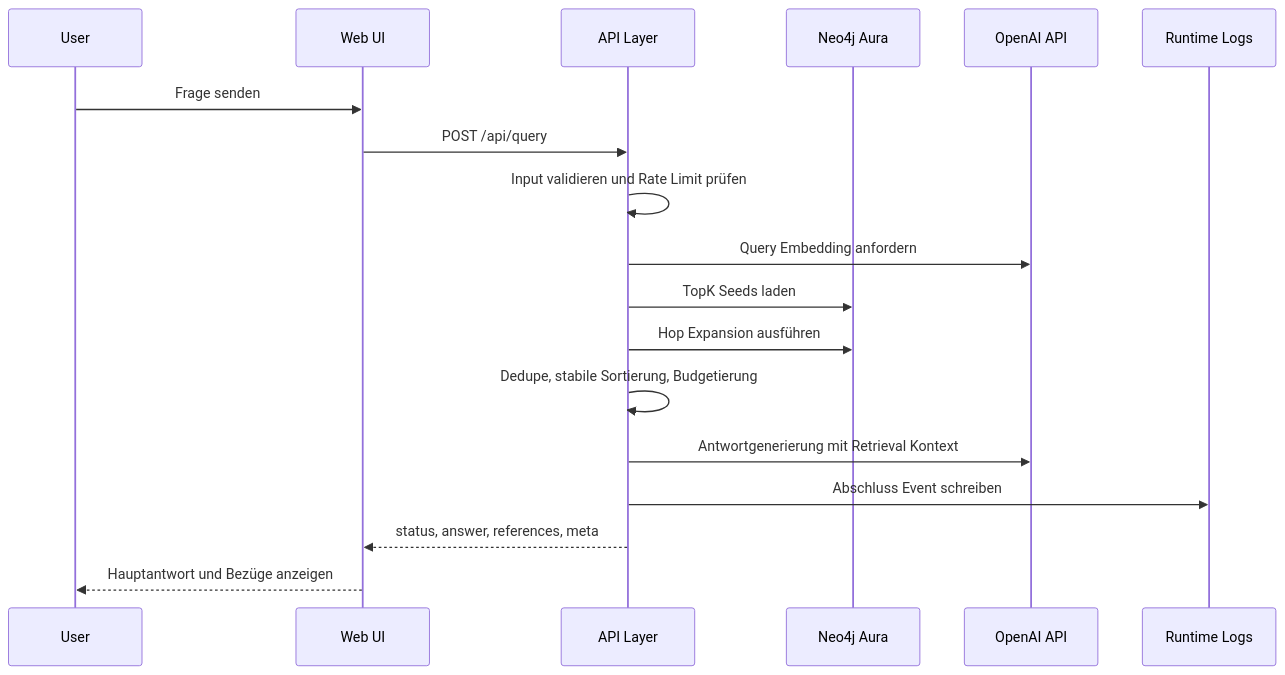
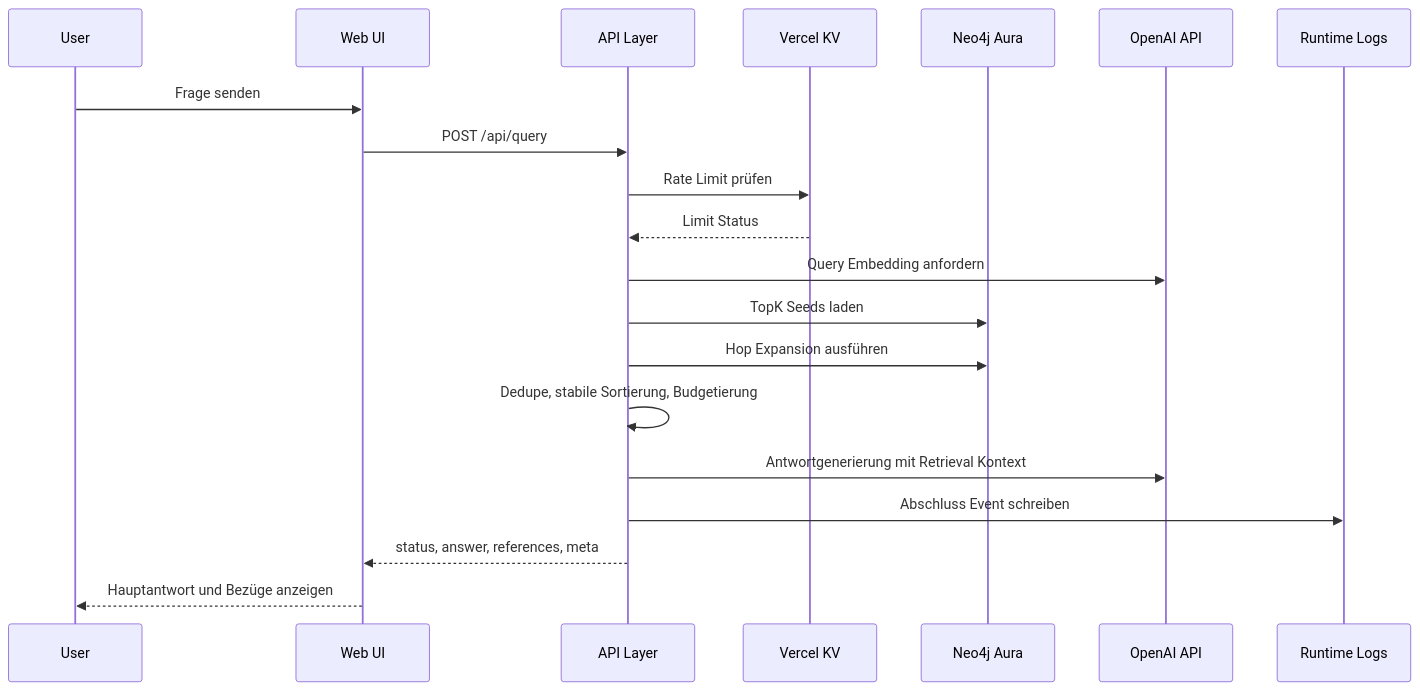
One commit to mimeonline/system-graph-rag-lab changed the third of 3 diagrams in docs/architecture/arc42.md. Above: the diagram before and after it, drawn with Mermaid. The commit also changed other lines of this file and 8 other files, not shown here.

Commit message:
chore: harden architecture artifacts and sync agent guidelines

````diff
--- a/docs/architecture/arc42.md
+++ b/docs/architecture/arc42.md
@@ -85,21 +92,23 @@
 ```mermaid
 sequenceDiagram
   participant U as User
   participant W as Web UI
   participant A as API Layer
+  participant K as Vercel KV
   participant N as Neo4j Aura
   participant O as OpenAI API
   participant L as Runtime Logs
 
   U->>W: Frage senden
   W->>A: POST /api/query
-  A->>A: Input validieren und Rate Limit prüfen
+  A->>K: Rate Limit prüfen
+  K-->>A: Limit Status
   A->>O: Query Embedding anfordern
   A->>N: TopK Seeds laden
   A->>N: Hop Expansion ausführen
   A->>A: Dedupe, stabile Sortierung, Budgetierung
   A->>O: Antwortgenerierung mit Retrieval Kontext
   A->>L: Abschluss Event schreiben
   A-->>W: status, answer, references, meta
   W-->>U: Hauptantwort und Bezüge anzeigen
 ```
````
